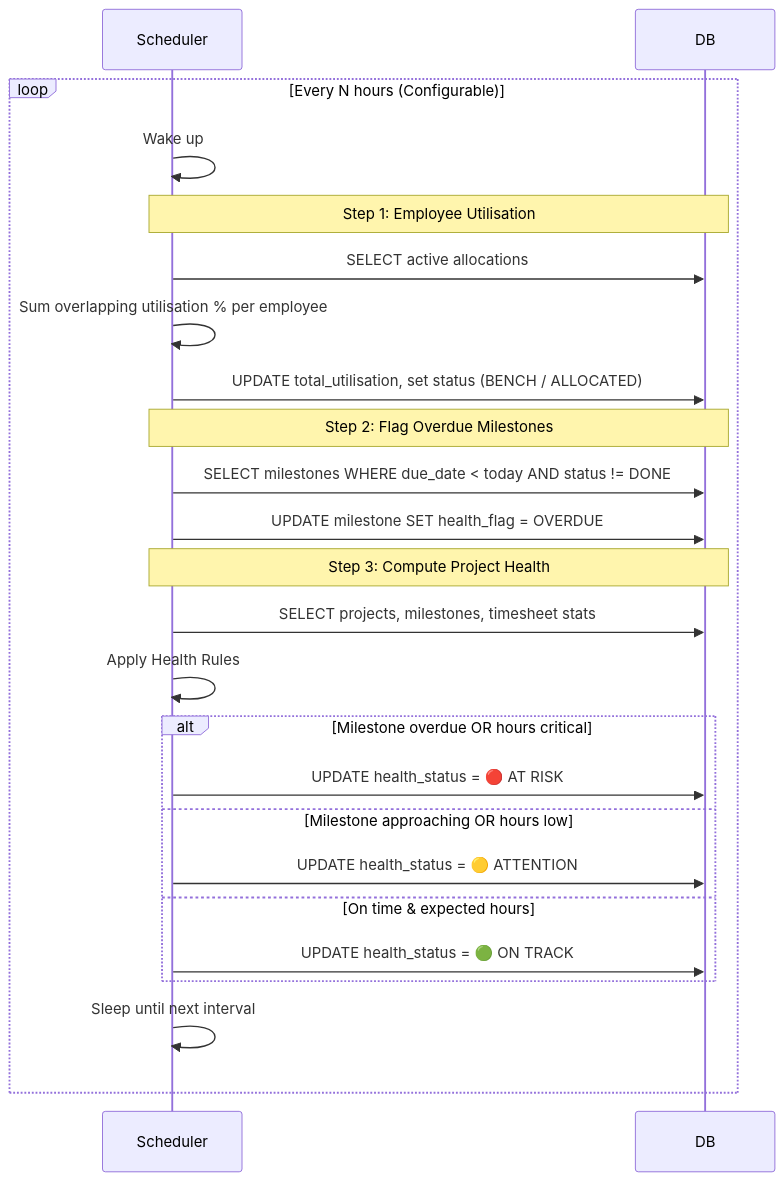
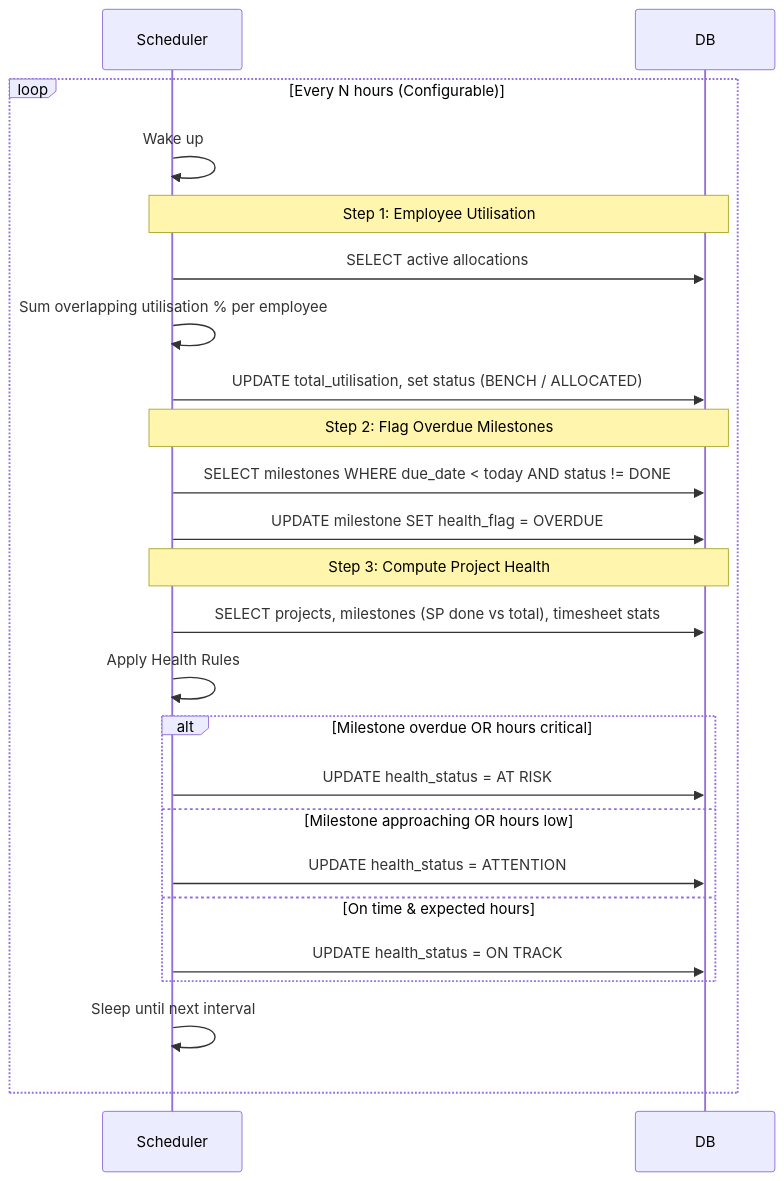
Before and after one commit to RiyaAmetaITT/Project-Resource-Management-tool: the fifth of 5 diagrams in UML Design/sequence_diagrams.md, drawn with Mermaid. The commit also changed other lines of this file and 4 other files, not shown here.

Commit message:
Updated the design diagrams

````diff
--- a/UML Design/sequence_diagrams.md
+++ b/UML Design/sequence_diagrams.md
@@ -203,31 +222,31 @@
 ```mermaid
 sequenceDiagram
     participant Scheduler
     participant DB
 
     loop Every N hours (Configurable)
         Scheduler->>Scheduler: Wake up
 
         Note over Scheduler,DB: Step 1: Employee Utilisation
         Scheduler->>DB: SELECT active allocations
         Scheduler->>Scheduler: Sum overlapping utilisation % per employee
         Scheduler->>DB: UPDATE total_utilisation, set status (BENCH / ALLOCATED)
 
         Note over Scheduler,DB: Step 2: Flag Overdue Milestones
         Scheduler->>DB: SELECT milestones WHERE due_date < today AND status != DONE
         Scheduler->>DB: UPDATE milestone SET health_flag = OVERDUE
 
         Note over Scheduler,DB: Step 3: Compute Project Health
-        Scheduler->>DB: SELECT projects, milestones, timesheet stats
+        Scheduler->>DB: SELECT projects, milestones (SP done vs total), timesheet stats
         Scheduler->>Scheduler: Apply Health Rules
         alt Milestone overdue OR hours critical
-            Scheduler->>DB: UPDATE health_status = 🔴 AT RISK
+            Scheduler->>DB: UPDATE health_status = AT RISK
         else Milestone approaching OR hours low
-            Scheduler->>DB: UPDATE health_status = 🟡 ATTENTION
+            Scheduler->>DB: UPDATE health_status = ATTENTION
         else On time & expected hours
-            Scheduler->>DB: UPDATE health_status = 🟢 ON TRACK
+            Scheduler->>DB: UPDATE health_status = ON TRACK
         end
 
         Scheduler->>Scheduler: Sleep until next interval
     end
 ```
````
